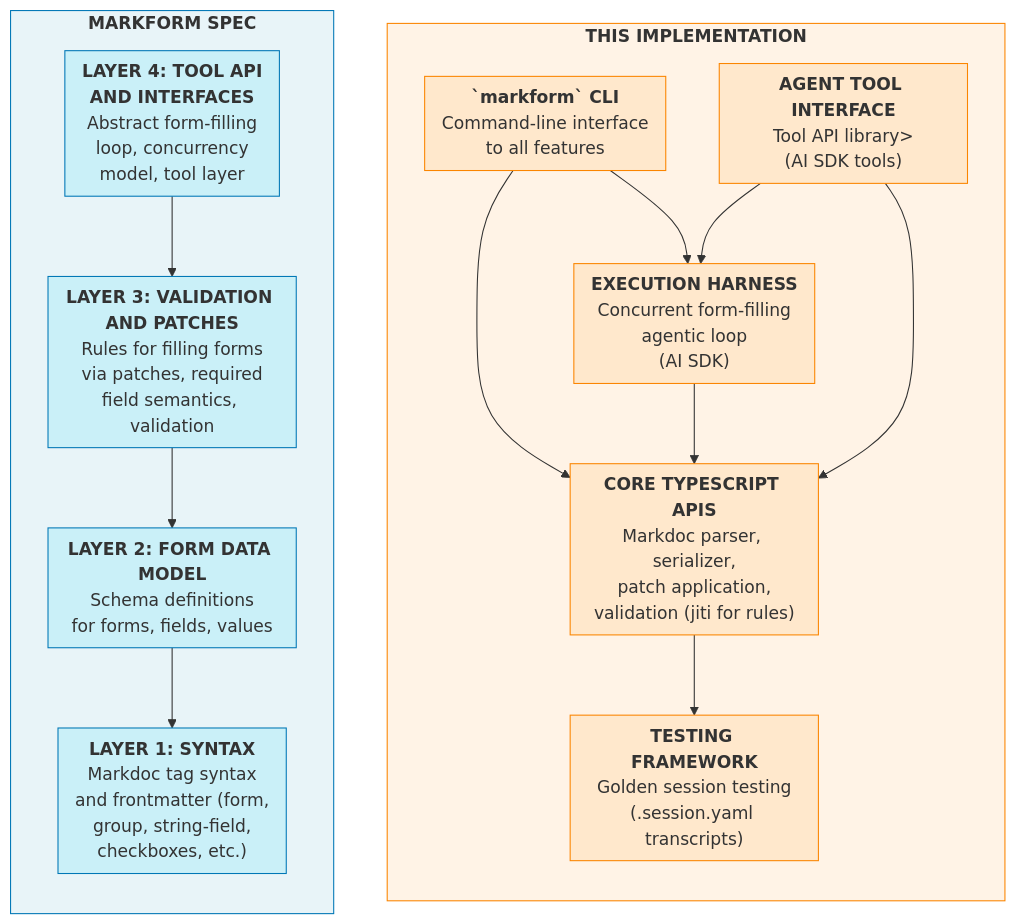
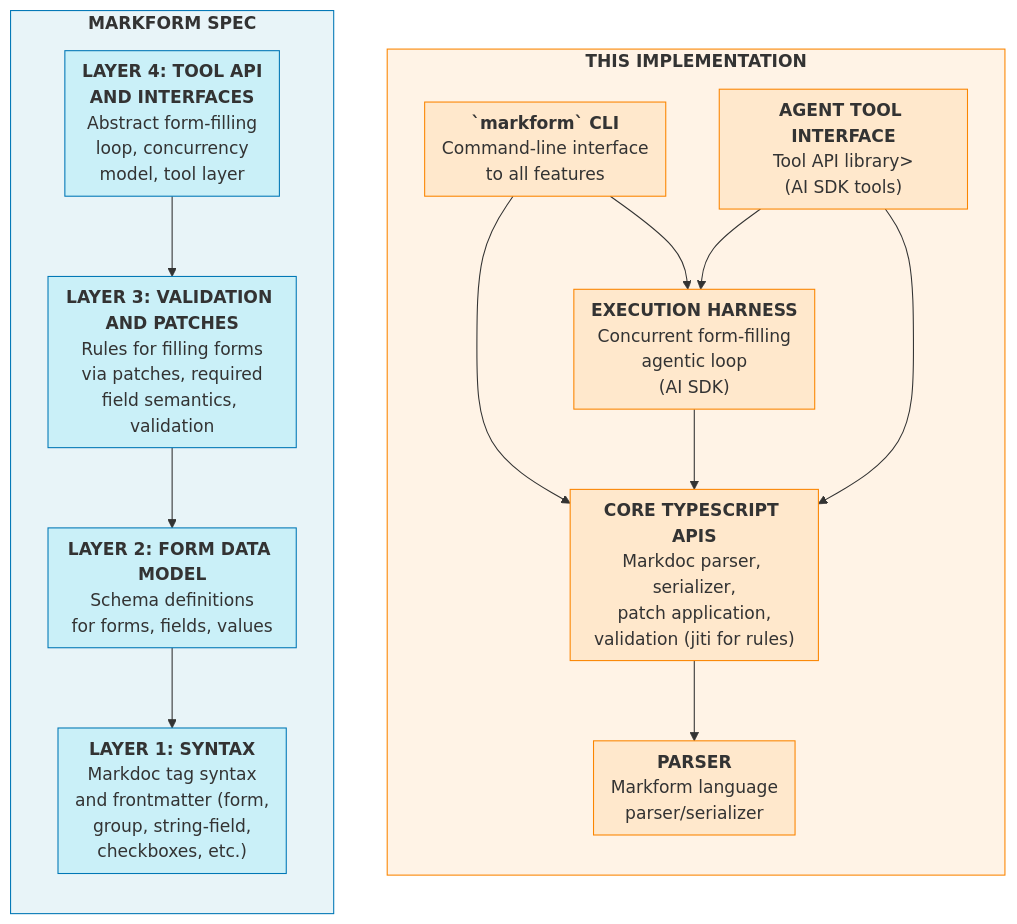
Before and after one commit to jlevy/markform: the diagram in README.md, drawn with Mermaid. The commit also changed 1 other file, not shown here.

Commit message:
fix(ci): update README diagram and fix tryscript badge test
Rename TEST subgraph to PARSER in architecture diagram. Update
commands.tryscript.md badge expectation to match current README
badge order (was causing CI failure on main).

````diff
--- a/README.md
+++ b/README.md
@@ -422,60 +422,60 @@
 ```mermaid
 flowchart LR
     subgraph SPEC["<b>MARKFORM SPEC</b>"]
         direction TB
 
         subgraph L1["<b>LAYER 1: SYNTAX</b><br/>Markdoc tag syntax<br/>and frontmatter (form,<br/>group, string-field, <br/>checkboxes, etc.)"]
         end
 
         subgraph L2["<b>LAYER 2: FORM DATA MODEL</b><br/>Schema definitions<br/>for forms, fields, values"]
         end
 
         subgraph L3["<b>LAYER 3: VALIDATION <br/>AND PATCHES</b><br/>Rules for filling forms<br/>via patches, required<br/>field semantics, validation"]
         end
 
         subgraph L4["<b>LAYER 4: TOOL API <br/>AND INTERFACES</b><br/>Abstract form-filling<br/>loop, concurrency<br/>model, tool layer"]
         end
 
         L4 --> L3 --> L2 --> L1
     end
 
     subgraph IMPL["<b>THIS IMPLEMENTATION</b>"]
         direction TB
 
         subgraph CLI["<b>`markform` CLI</b><br/>Command-line interface<br/>to all features"]
         end
 
         subgraph AGENT["<b>AGENT TOOL INTERFACE</b><br/>Tool API library><br/>(AI SDK tools)"]
         end
 
         subgraph HARNESS["<b>EXECUTION HARNESS</b><br/>Concurrent form-filling<br/>agentic loop<br/>(AI SDK)"]
         end
 
         subgraph ENGINE["<b>CORE TYPESCRIPT APIS</b><br/>Markdoc parser, serializer,<br/>patch application,<br/>validation (jiti for rules)"]
         end
 
-        subgraph TEST["<b>TESTING FRAMEWORK</b><br/>Golden session testing<br/>(.session.yaml transcripts)"]
+        subgraph PARSER["<b>PARSER</b><br/>Markform language<br/>parser/serializer"]
         end
 
         CLI --> ENGINE
         CLI --> HARNESS
         AGENT --> HARNESS
         AGENT --> ENGINE
         HARNESS --> ENGINE
-        ENGINE --> TEST
+        ENGINE --> PARSER
     end
 
     SPEC ~~~ IMPL
 
     style SPEC fill:#e8f4f8,stroke:#0077b6
     style L1 fill:#caf0f8,stroke:#0077b6
     style L2 fill:#caf0f8,stroke:#0077b6
     style L3 fill:#caf0f8,stroke:#0077b6
     style L4 fill:#caf0f8,stroke:#0077b6
     style IMPL fill:#fff3e6,stroke:#fb8500
     style ENGINE fill:#ffe8cc,stroke:#fb8500
     style CLI fill:#ffe8cc,stroke:#fb8500
     style AGENT fill:#ffe8cc,stroke:#fb8500
     style HARNESS fill:#ffe8cc,stroke:#fb8500
-    style TEST fill:#ffe8cc,stroke:#fb8500
+    style PARSER fill:#ffe8cc,stroke:#fb8500
 ```
````
